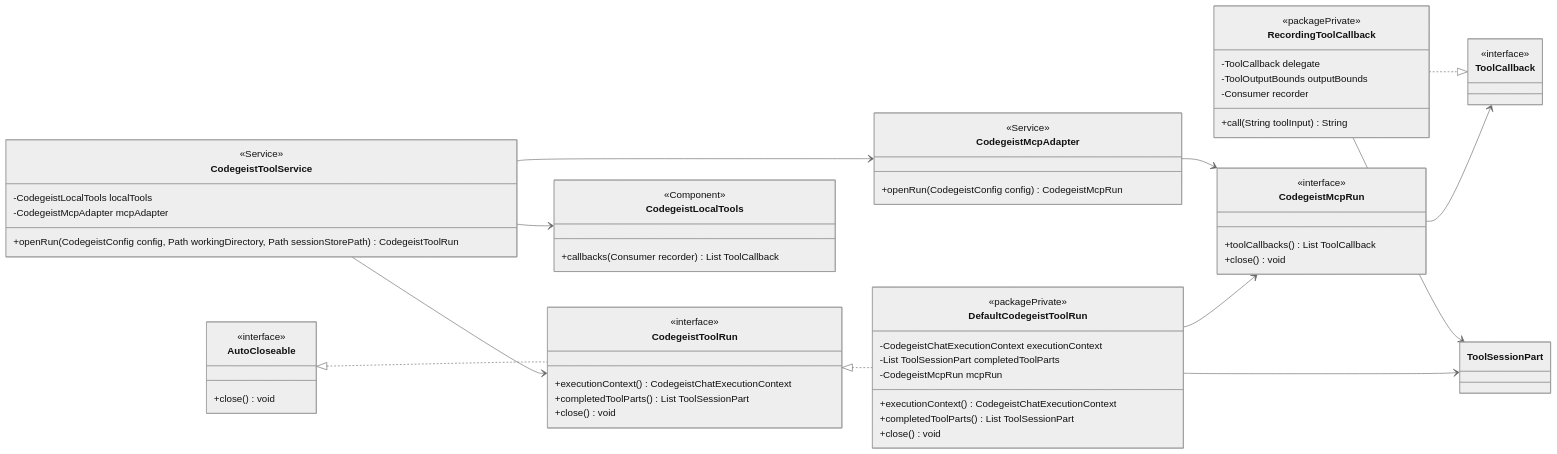
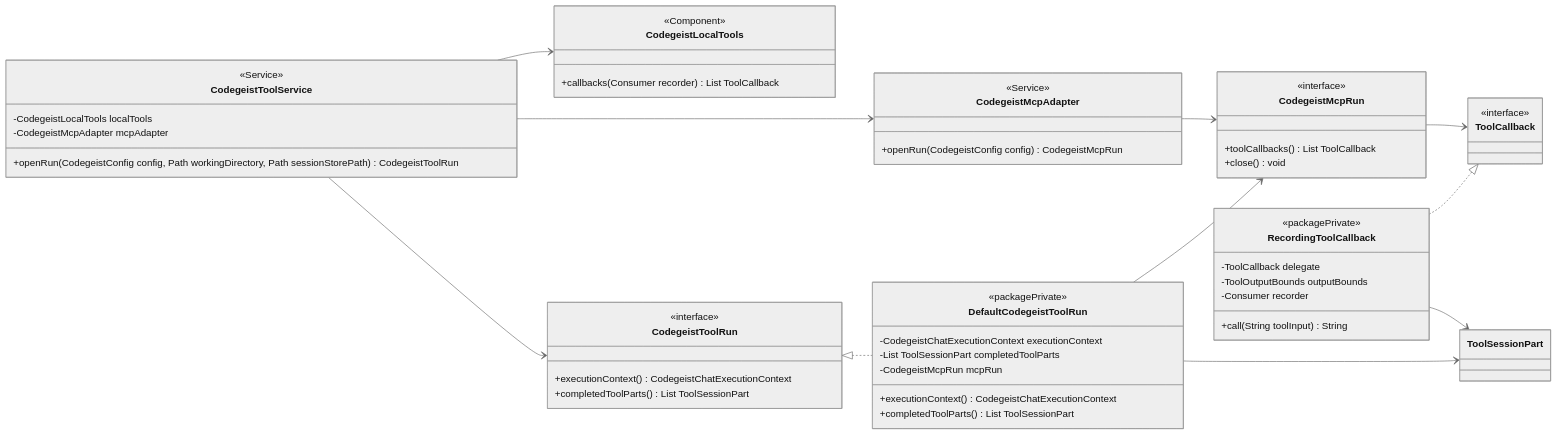
One commit to codegeist-ai/codegeist changed the second of 6 diagrams in docs/tasks/T007_build-codegeist-runtime-harness/mcp-and-readwrite-tools-implementation-plan.md. Above: the diagram before and after it, drawn with Mermaid (neutral theme). The commit also changed other lines of this file and 35 other files, not shown here.

````diff
--- a/docs/tasks/T007_build-codegeist-runtime-harness/mcp-and-readwrite-tools-implementation-plan.md
+++ b/docs/tasks/T007_build-codegeist-runtime-harness/mcp-and-readwrite-tools-implementation-plan.md
@@ -204,75 +201,67 @@
 ```mermaid
 classDiagram
     direction LR
 
     class CodegeistToolService {
       <<Service>>
       <<Slf4j>>
       <<RequiredArgsConstructor>>
       -CodegeistLocalTools localTools
       -CodegeistMcpAdapter mcpAdapter
       +openRun(CodegeistConfig config, Path workingDirectory, Path sessionStorePath) CodegeistToolRun
     }
 
     class CodegeistToolRun {
       <<interface>>
       +executionContext() CodegeistChatExecutionContext
       +completedToolParts() List ToolSessionPart
-      +close() void
     }
 
     class DefaultCodegeistToolRun {
       <<packagePrivate>>
       -CodegeistChatExecutionContext executionContext
       -List ToolSessionPart completedToolParts
       -CodegeistMcpRun mcpRun
       +executionContext() CodegeistChatExecutionContext
       +completedToolParts() List ToolSessionPart
-      +close() void
     }
 
     class CodegeistLocalTools {
       <<Component>>
       +callbacks(Consumer recorder) List ToolCallback
     }
 
     class CodegeistMcpAdapter {
       <<Service>>
       +openRun(CodegeistConfig config) CodegeistMcpRun
     }
 
     class CodegeistMcpRun {
       <<interface>>
       +toolCallbacks() List ToolCallback
       +close() void
     }
 
     class RecordingToolCallback {
       <<packagePrivate>>
       -ToolCallback delegate
       -ToolOutputBounds outputBounds
       -Consumer recorder
       +call(String toolInput) String
     }
 
     class ToolCallback {
       <<interface>>
     }
 
-    class AutoCloseable {
-      <<interface>>
-      +close() void
-    }
-
     CodegeistToolService --> CodegeistLocalTools
     CodegeistToolService --> CodegeistMcpAdapter
     CodegeistToolService --> CodegeistToolRun
-    AutoCloseable <|.. CodegeistToolRun
     CodegeistToolRun <|.. DefaultCodegeistToolRun
     DefaultCodegeistToolRun --> CodegeistMcpRun
     DefaultCodegeistToolRun --> ToolSessionPart
     CodegeistMcpAdapter --> CodegeistMcpRun
     CodegeistMcpRun --> ToolCallback
     RecordingToolCallback ..|> ToolCallback
     RecordingToolCallback --> ToolSessionPart
 ```
````
